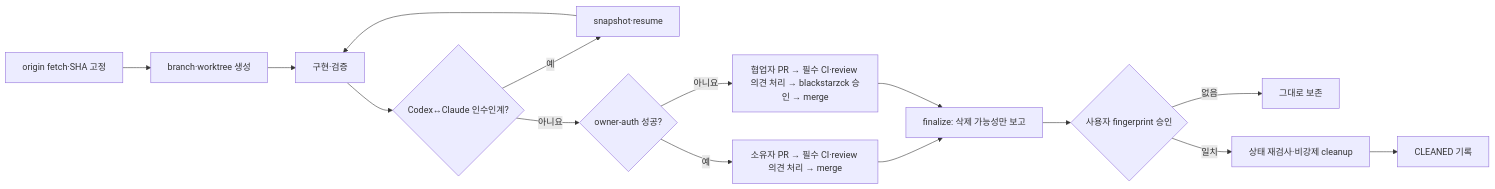
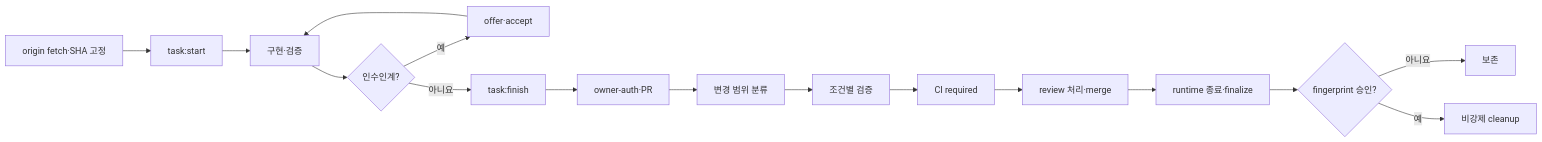
Before and after one commit to blackstarzck/topik-project-v13: the diagram in docs/qa/reports/2026-07-21-ai-development-pipeline-implementation.md, drawn with Mermaid. The commit also changed other lines of this file, not shown here.

Commit message:
docs: finalize AI pipeline report

````diff
--- a/docs/qa/reports/2026-07-21-ai-development-pipeline-implementation.md
+++ b/docs/qa/reports/2026-07-21-ai-development-pipeline-implementation.md
@@ -32,17 +43,18 @@
 ```mermaid
 flowchart LR
-  A["origin fetch·SHA 고정"] --> B["branch·worktree 생성"]
+  A["origin fetch·SHA 고정"] --> B["task:start"]
   B --> C["구현·검증"]
-  C --> D{"Codex↔Claude 인수인계?"}
-  D -- 예 --> E["snapshot·resume"]
+  C --> D{"인수인계?"}
+  D -- 예 --> E["offer·accept"]
   E --> C
-  D -- 아니요 --> F{"owner-auth 성공?"}
-  F -- 예 --> M["소유자 PR → 필수 CI·review 의견 처리 → merge"]
-  F -- 아니요 --> N["협업자 PR → 필수 CI·review 의견 처리 → blackstarzck 승인 → merge"]
-  M --> G["finalize: 삭제 가능성만 보고"]
-  N --> G
-  G --> H{"사용자 fingerprint 승인"}
-  H -- 없음 --> I["그대로 보존"]
-  H -- 일치 --> J["상태 재검사·비강제 cleanup"]
-  J --> K["CLEANED 기록"]
+  D -- 아니요 --> F["task:finish"]
+  F --> G["owner-auth·PR"]
+  G --> H["변경 범위 분류"]
+  H --> I["조건별 검증"]
+  I --> J["CI required"]
+  J --> K["review 처리·merge"]
+  K --> L["runtime 종료·finalize"]
+  L --> M{"fingerprint 승인?"}
+  M -- 아니요 --> N["보존"]
+  M -- 예 --> O["비강제 cleanup"]
 ```
````
